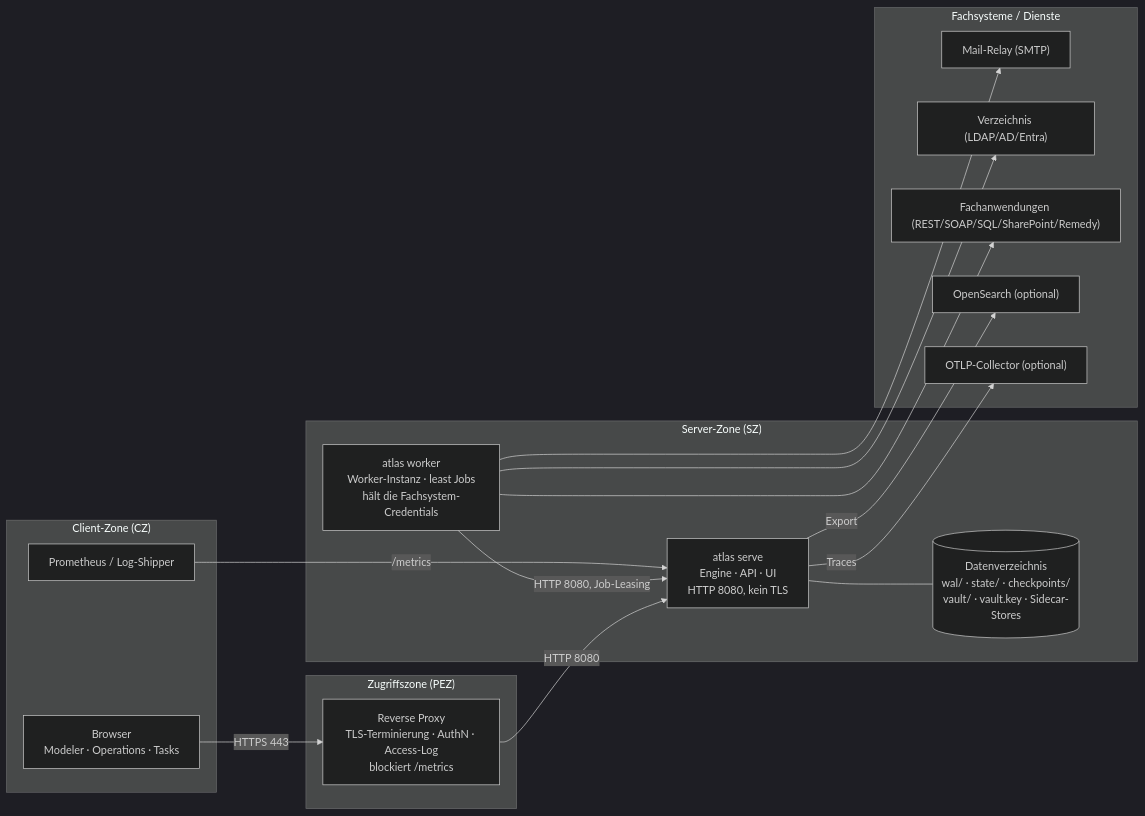
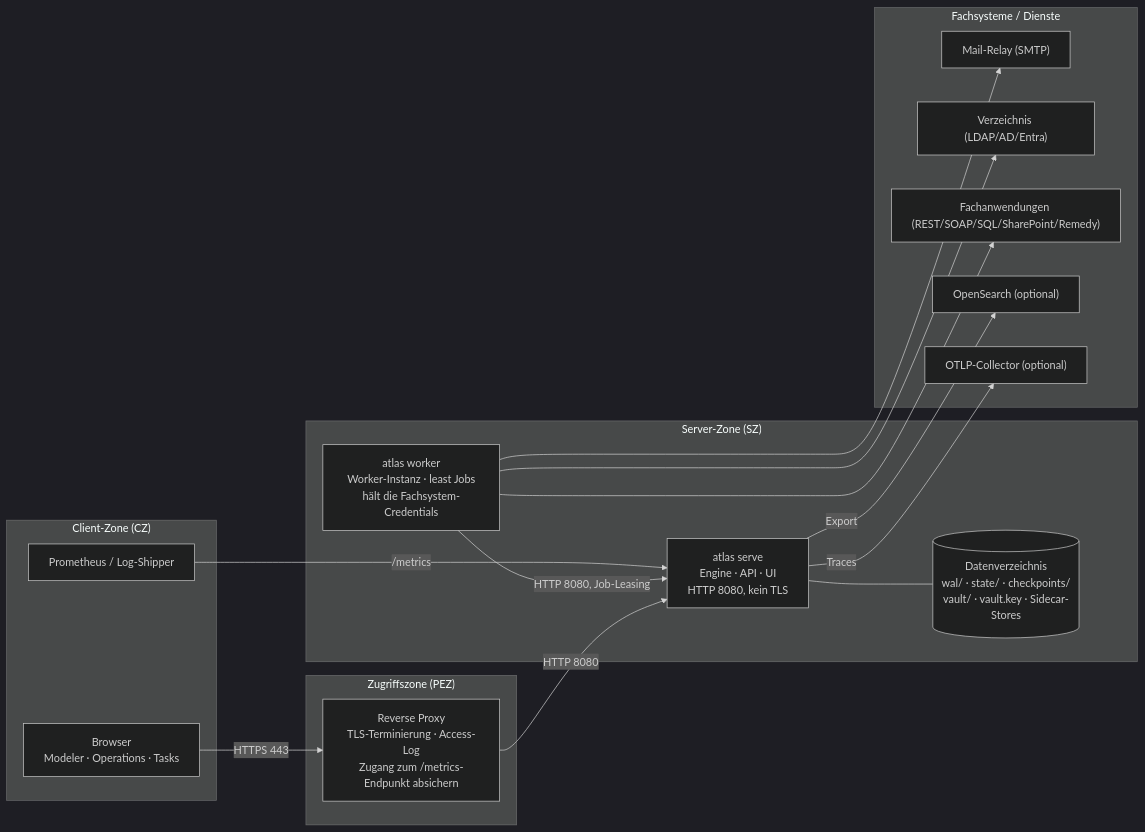
One commit to pblumer/atlas changed the diagram in docs/compliance/isds-konzept.md. Above: the diagram before and after it, drawn with Mermaid (dark theme). The commit also changed other lines of this file, not shown here.

Commit message:
docs(compliance): refresh ISDS assessment for identity, workers and data flows

````diff
--- a/docs/compliance/isds-konzept.md
+++ b/docs/compliance/isds-konzept.md
@@ -492,33 +537,33 @@
 ```mermaid
 flowchart LR
   subgraph CZ["Client-Zone (CZ)"]
     B["Browser<br/>Modeler · Operations · Tasks"]
     P["Prometheus / Log-Shipper"]
   end
   subgraph PEZ["Zugriffszone (PEZ)"]
-    RP["Reverse Proxy<br/>TLS-Terminierung · AuthN · Access-Log<br/>blockiert /metrics"]
+    RP["Reverse Proxy<br/>TLS-Terminierung · Access-Log<br/>Zugang zum /metrics-Endpunkt absichern"]
   end
   subgraph SZ["Server-Zone (SZ)"]
     A["atlas serve<br/>Engine · API · UI<br/>HTTP 8080, kein TLS"]
     D[("Datenverzeichnis<br/>wal/ · state/ · checkpoints/<br/>vault/ · vault.key · Sidecar-Stores")]
     W["atlas worker<br/>Worker-Instanz · least Jobs<br/>hält die Fachsystem-Credentials"]
   end
   subgraph EXT["Fachsysteme / Dienste"]
     M["Mail-Relay (SMTP)"]
     L["Verzeichnis (LDAP/AD/Entra)"]
     S["Fachanwendungen (REST/SOAP/SQL/SharePoint/Remedy)"]
     O["OpenSearch (optional)"]
     T["OTLP-Collector (optional)"]
   end
 
   B -->|HTTPS 443| RP
   RP -->|HTTP 8080| A
   A --- D
   W -->|HTTP 8080, Job-Leasing| A
   W --> M
   W --> L
   W --> S
   A -->|Export| O
   A -->|Traces| T
   P -->|/metrics| A
 ```
````
